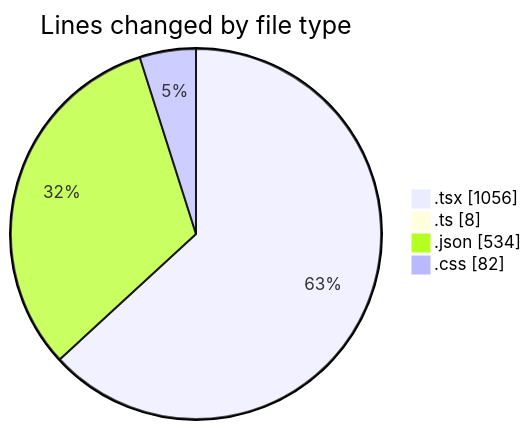
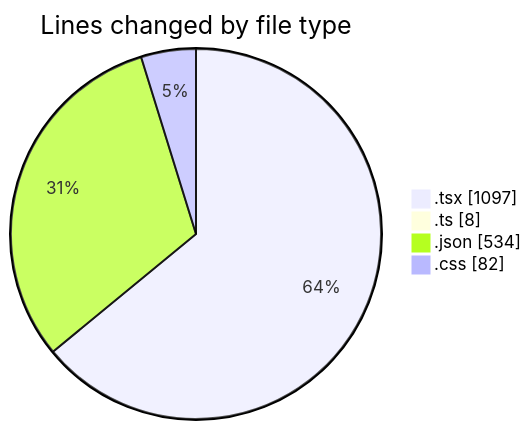
Before and after one commit to EIIisD/code-tracking: the first of 2 diagrams in 2025-08-02/tw-server/README.md, drawn with Mermaid. The commit also changed other lines of this file and 1 other file, not shown here.

````diff
--- a/2025-08-02/tw-server/README.md
+++ b/2025-08-02/tw-server/README.md
@@ -25,8 +25,8 @@
 ```mermaid
 pie showData
 title Lines changed by file type
-".tsx" : 1056
+".tsx" : 1097
 ".ts" : 8
 ".json" : 534
 ".css" : 82
 ```
````
